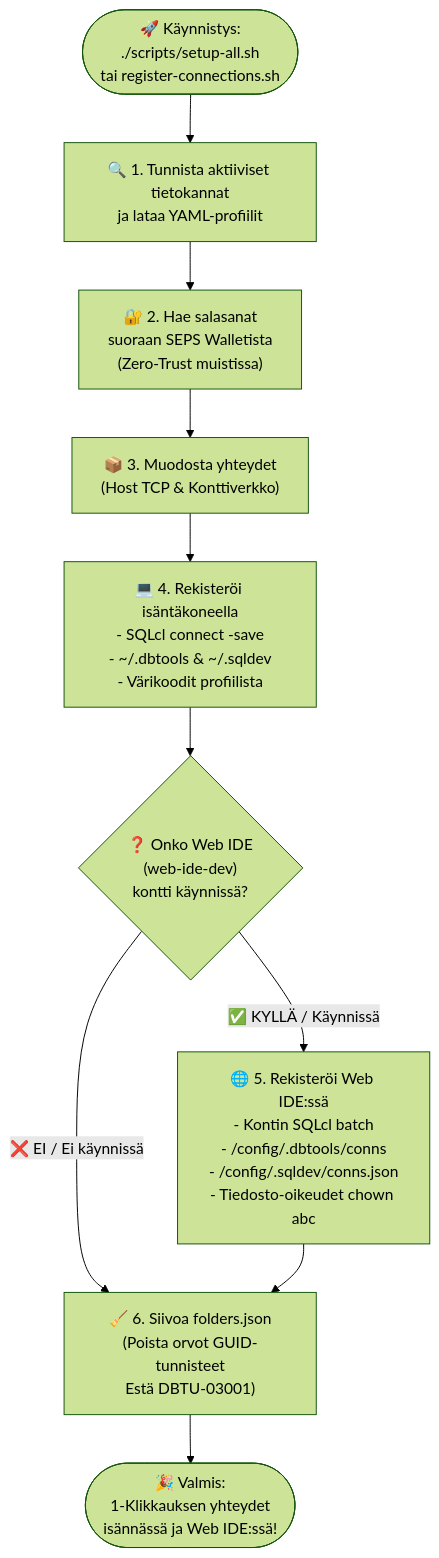
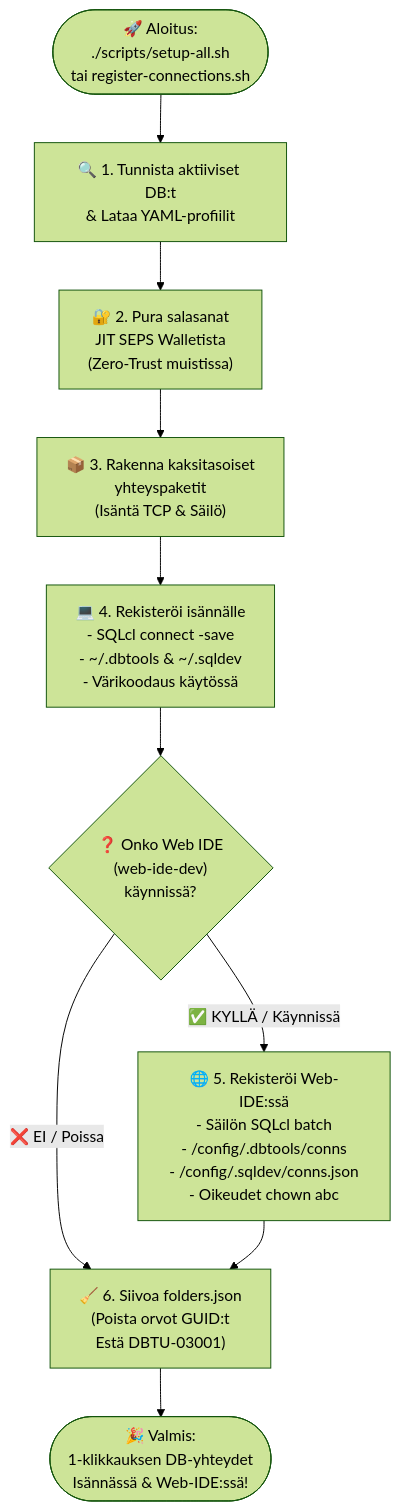
One commit to alahe/oracle-devops-platform changed the diagram in connections/README.fi.md. Above: the diagram before and after it, drawn with Mermaid (forest theme). The commit also changed other lines of this file and 285 other files, not shown here.

Commit message:
chore(release): prepare repository for public GitHub release (Zero-Trust sanitization, Rule 9 6-language parity across 52 directories, Rule 11 & 12 sync)

````diff
--- a/connections/README.fi.md
+++ b/connections/README.fi.md
@@ -15,20 +15,20 @@
 ```mermaid
 flowchart TD
-  START(["🚀 Käynnistys:<br/>./scripts/setup-all.sh<br/>tai register-connections.sh"]) --> DISCOVER["🔍 1. Tunnista aktiiviset tietokannat<br/>ja lataa YAML-profiilit"]
+  START(["🚀 Aloitus:<br/>./scripts/setup-all.sh<br/>tai register-connections.sh"]) --> DISCOVER["🔍 1. Tunnista aktiiviset DB:t<br/>& Lataa YAML-profiilit"]
   
-  DISCOVER --> WALLET["🔐 2. Hae salasanat<br/>suoraan SEPS Walletista<br/>(Zero-Trust muistissa)"]
+  DISCOVER --> WALLET["🔐 2. Pura salasanat<br/>JIT SEPS Walletista<br/>(Zero-Trust muistissa)"]
   
-  WALLET --> BUILD_CONNS["📦 3. Muodosta yhteydet<br/>(Host TCP & Konttiverkko)"]
+  WALLET --> BUILD_CONNS["📦 3. Rakenna kaksitasoiset<br/>yhteyspaketit<br/>(Isäntä TCP & Säilö)"]
   
-  BUILD_CONNS --> HOST_REG["💻 4. Rekisteröi isäntäkoneella<br/>- SQLcl connect -save<br/>- ~/.dbtools & ~/.sqldev<br/>- Värikoodit profiilista"]
+  BUILD_CONNS --> HOST_REG["💻 4. Rekisteröi isännälle<br/>- SQLcl connect -save<br/>- ~/.dbtools & ~/.sqldev<br/>- Värikoodaus käytössä"]
   
-  HOST_REG --> CHECK_WEBIDE{"❓ Onko Web IDE<br/>(web-ide-dev)<br/>kontti käynnissä?"}
+  HOST_REG --> CHECK_WEBIDE{"❓ Onko Web IDE<br/>(web-ide-dev)<br/>käynnissä?"}
   
-  CHECK_WEBIDE -->|"✅ KYLLÄ / Käynnissä"| WEBIDE_REG["🌐 5. Rekisteröi Web IDE:ssä<br/>- Kontin SQLcl batch<br/>- /config/.dbtools/conns<br/>- /config/.sqldev/conns.json<br/>- Tiedosto-oikeudet chown abc"]
+  CHECK_WEBIDE -->|"✅ KYLLÄ / Käynnissä"| WEBIDE_REG["🌐 5. Rekisteröi Web-IDE:ssä<br/>- Säilön SQLcl batch<br/>- /config/.dbtools/conns<br/>- /config/.sqldev/conns.json<br/>- Oikeudet chown abc"]
   
-  CHECK_WEBIDE -->|"❌ EI / Ei käynnissä"| SANITIZE["🧹 6. Siivoa folders.json<br/>(Poista orvot GUID-tunnisteet<br/>Estä DBTU-03001)"]
+  CHECK_WEBIDE -->|"❌ EI / Poissa"| SANITIZE["🧹 6. Siivoa folders.json<br/>(Poista orvot GUID:t<br/>Estä DBTU-03001)"]
   
   WEBIDE_REG --> SANITIZE
   
-  SANITIZE --> READY(["🎉 Valmis:<br/>1-Klikkauksen yhteydet<br/>isännässä ja Web IDE:ssä!"])
+  SANITIZE --> READY(["🎉 Valmis:<br/>1-klikkauksen DB-yhteydet<br/>Isännässä & Web-IDE:ssä!"])
 ```
````
